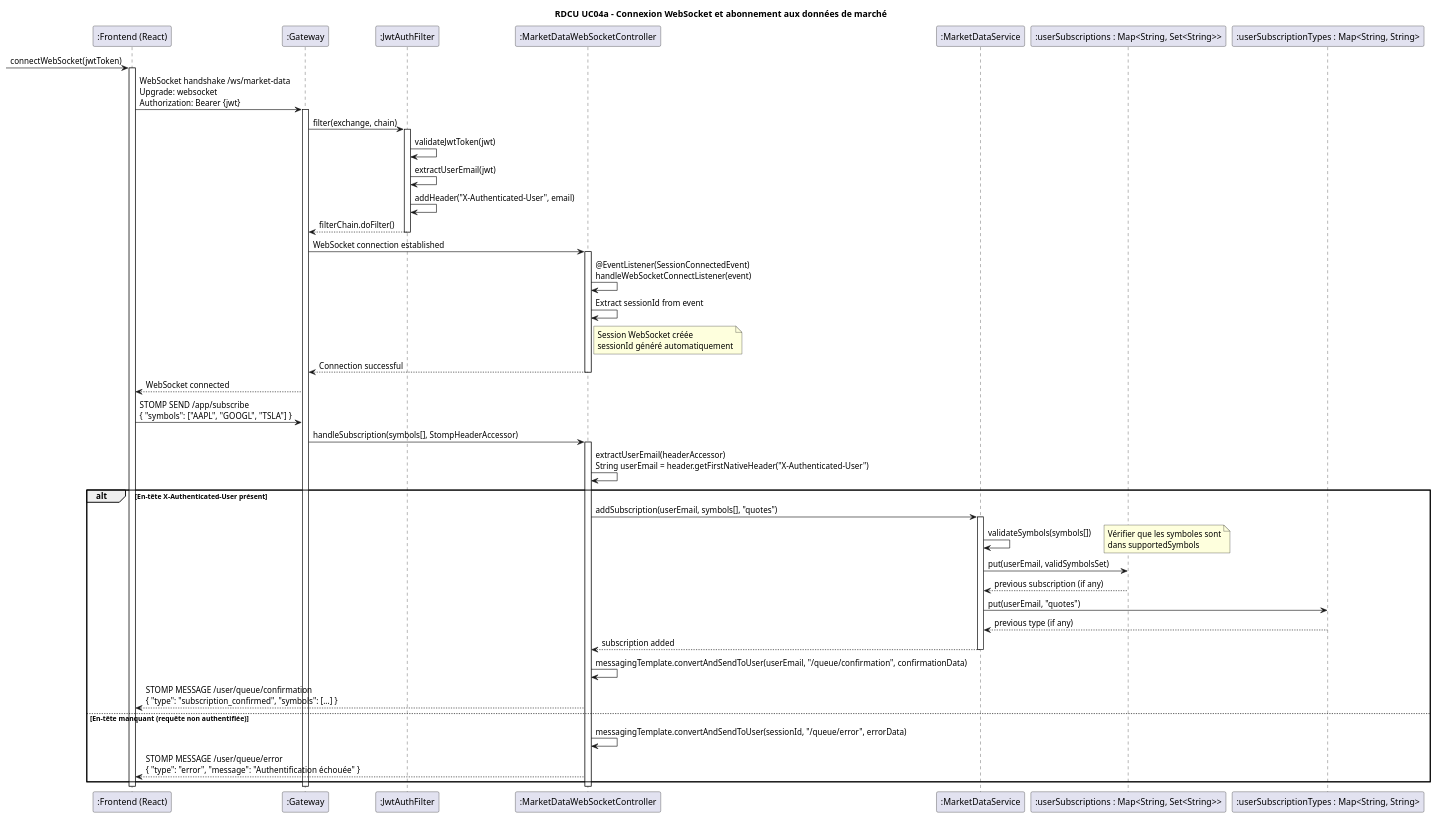
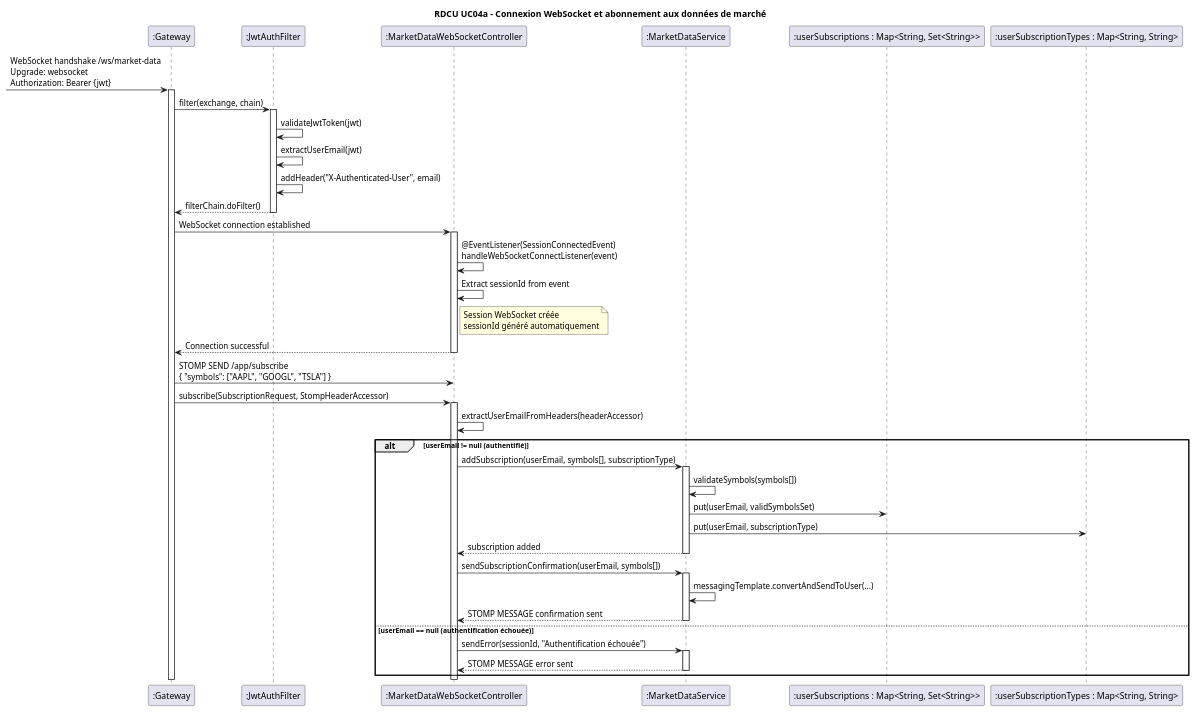
Before and after one commit to primika27/BrokerX-phase2-micorservices-: the diagram in docs/views/rdcu_uc04_connexion_websocket.puml, drawn with PlantUML. The commit also changed 9 other files, not shown here.

Commit message:
uml modifs

```diff
--- a/docs/views/rdcu_uc04_connexion_websocket.puml
+++ b/docs/views/rdcu_uc04_connexion_websocket.puml
@@ -1,73 +1,66 @@
 @startuml rdcu_uc04_connexion_websocket
 title RDCU UC04a - Connexion WebSocket et abonnement aux données de marché
 
-participant ":Frontend (React)" as Frontend
 participant ":Gateway" as Gateway  
 participant ":JwtAuthFilter" as AuthFilter
 participant ":MarketDataWebSocketController" as WSController
 participant ":MarketDataService" as BusinessService
 participant ":userSubscriptions : Map<String, Set<String>>" as SubsMap
 participant ":userSubscriptionTypes : Map<String, String>" as TypeMap
 
--> Frontend : connectWebSocket(jwtToken)
-activate Frontend
-
-Frontend -> Gateway : WebSocket handshake /ws/market-data\nUpgrade: websocket\nAuthorization: Bearer {jwt}
+-> Gateway : WebSocket handshake /ws/market-data\nUpgrade: websocket\nAuthorization: Bearer {jwt}
 activate Gateway
 
 Gateway -> AuthFilter : filter(exchange, chain)
 activate AuthFilter
 
 AuthFilter -> AuthFilter : validateJwtToken(jwt)
 AuthFilter -> AuthFilter : extractUserEmail(jwt)
 AuthFilter -> AuthFilter : addHeader("X-Authenticated-User", email)
 AuthFilter --> Gateway : filterChain.doFilter()
 deactivate AuthFilter
 
 Gateway -> WSController : WebSocket connection established
 activate WSController
 
 WSController -> WSController : @EventListener(SessionConnectedEvent)\nhandleWebSocketConnectListener(event)
 WSController -> WSController : Extract sessionId from event
 
 note right WSController : Session WebSocket créée\nsessionId généré automatiquement
 
 WSController --> Gateway : Connection successful
 deactivate WSController
-Gateway --> Frontend : WebSocket connected
 
-Frontend -> Gateway : STOMP SEND /app/subscribe\n{ "symbols": ["AAPL", "GOOGL", "TSLA"] }
-Gateway -> WSController : handleSubscription(symbols[], StompHeaderAccessor)
+Gateway -> WSController : STOMP SEND /app/subscribe\n{ "symbols": ["AAPL", "GOOGL", "TSLA"] }
+Gateway -> WSController : subscribe(SubscriptionRequest, StompHeaderAccessor)
 activate WSController
 
-WSController -> WSController : extractUserEmail(headerAccessor)\nString userEmail = header.getFirstNativeHeader("X-Authenticated-User")
+WSController -> WSController : extractUserEmailFromHeaders(headerAccessor)
 
-alt En-tête X-Authenticated-User présent
-    WSController -> BusinessService : addSubscription(userEmail, symbols[], "quotes")
+alt userEmail != null (authentifié)
+    WSController -> BusinessService : addSubscription(userEmail, symbols[], subscriptionType)
     activate BusinessService
     
     BusinessService -> BusinessService : validateSymbols(symbols[])
-    note right : Vérifier que les symboles sont\ndans supportedSymbols
-    
     BusinessService -> SubsMap : put(userEmail, validSymbolsSet)
-    SubsMap --> BusinessService : previous subscription (if any)
-    
-    BusinessService -> TypeMap : put(userEmail, "quotes")
-    TypeMap --> BusinessService : previous type (if any)
-    
+    BusinessService -> TypeMap : put(userEmail, subscriptionType)
     BusinessService --> WSController : subscription added
     deactivate BusinessService
     
-    WSController -> WSController : messagingTemplate.convertAndSendToUser(userEmail, "/queue/confirmation", confirmationData)
-    WSController --> Frontend : STOMP MESSAGE /user/queue/confirmation\n{ "type": "subscription_confirmed", "symbols": [...] }
+    WSController -> BusinessService : sendSubscriptionConfirmation(userEmail, symbols[])
+    activate BusinessService
+    BusinessService -> BusinessService : messagingTemplate.convertAndSendToUser(...)
+    BusinessService --> WSController : STOMP MESSAGE confirmation sent
+    deactivate BusinessService
 
-else En-tête manquant (requête non authentifiée)
-    WSController -> WSController : messagingTemplate.convertAndSendToUser(sessionId, "/queue/error", errorData)
-    WSController --> Frontend : STOMP MESSAGE /user/queue/error\n{ "type": "error", "message": "Authentification échouée" }
+else userEmail == null (authentification échouée)
+    WSController -> BusinessService : sendError(sessionId, "Authentification échouée")
+    activate BusinessService
+    BusinessService --> WSController : STOMP MESSAGE error sent
+    deactivate BusinessService
 end
 
 deactivate WSController
 deactivate Gateway
-deactivate Frontend
 
 @enduml
```
